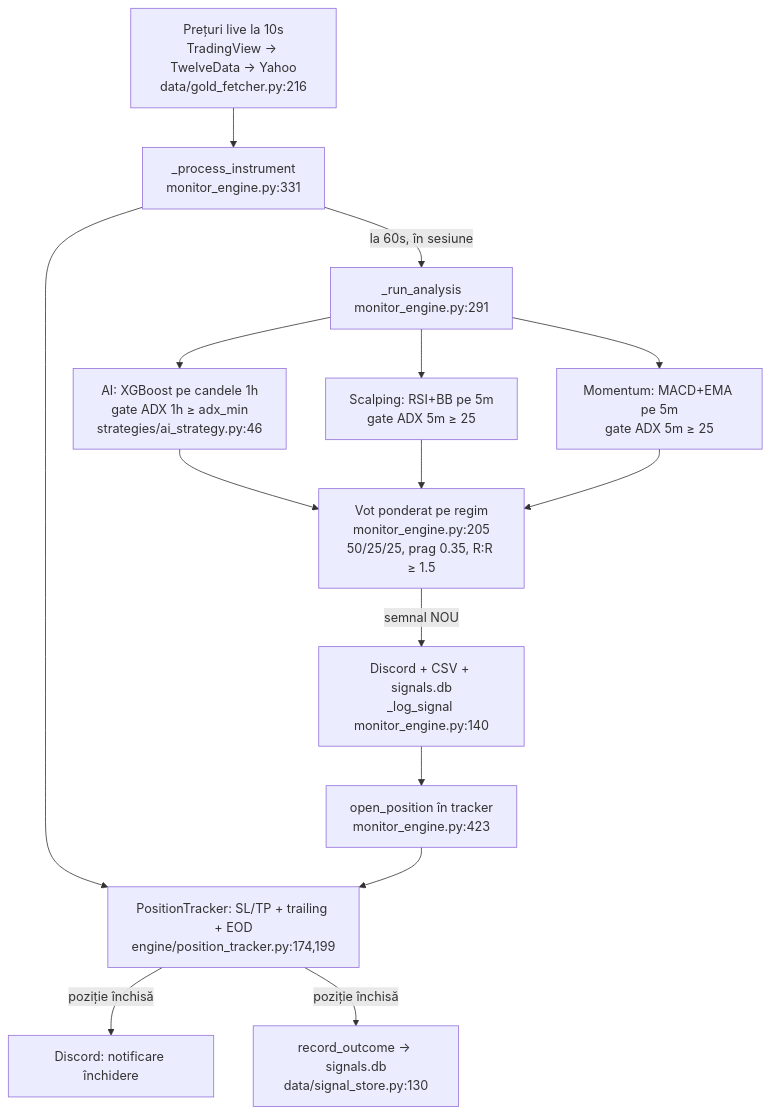
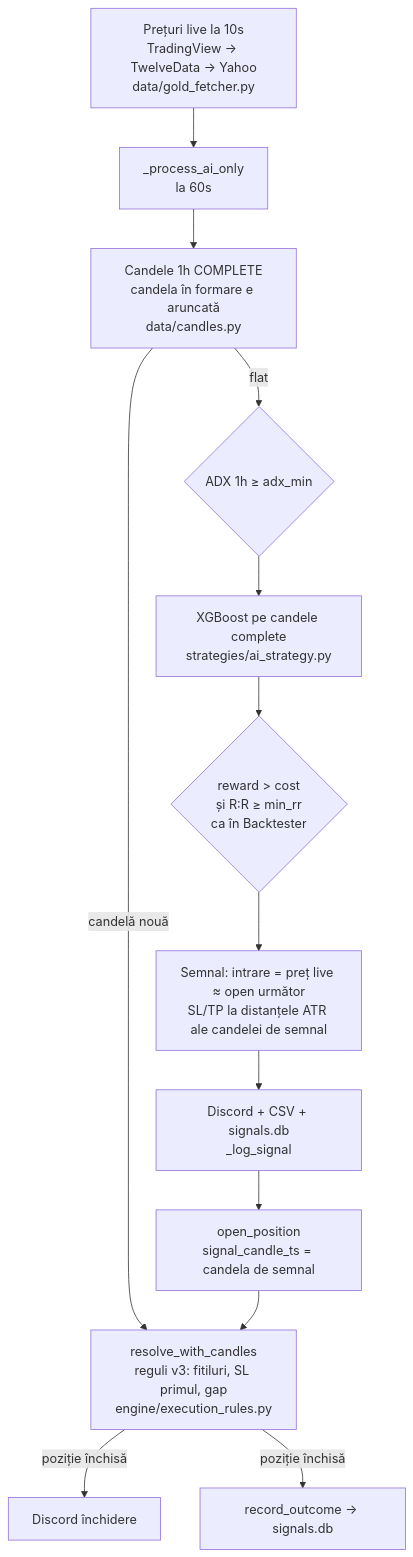
One commit to DeiuVRG/CFD_Game changed the second of 2 diagrams in docs/ARCHITECTURE.md. Above: the diagram before and after it, drawn with Mermaid. The commit also changed other lines of this file and 6 other files, not shown here.

First line of the commit message:
feat(monitor): ai_only signal mode - the live path mirrors the validated backtest

````diff
--- a/docs/ARCHITECTURE.md
+++ b/docs/ARCHITECTURE.md
@@ -49,14 +53,13 @@
 ```mermaid
 flowchart TD
-    P[Prețuri live la 10s<br/>TradingView → TwelveData → Yahoo<br/>data/gold_fetcher.py:216] --> PI[_process_instrument<br/>monitor_engine.py:331]
-    PI --> TR[PositionTracker: SL/TP + trailing + EOD<br/>engine/position_tracker.py:174,199]
-    TR -- poziție închisă --> DC[Discord: notificare închidere] & OUT[record_outcome → signals.db<br/>data/signal_store.py:130]
-    PI -- la 60s, în sesiune --> AN[_run_analysis<br/>monitor_engine.py:291]
-    AN --> AI[AI: XGBoost pe candele 1h<br/>gate ADX 1h ≥ adx_min<br/>strategies/ai_strategy.py:46]
-    AN --> SC[Scalping: RSI+BB pe 5m<br/>gate ADX 5m ≥ 25]
-    AN --> MO[Momentum: MACD+EMA pe 5m<br/>gate ADX 5m ≥ 25]
-    AI & SC & MO --> V[Vot ponderat pe regim<br/>monitor_engine.py:205<br/>50/25/25, prag 0.35, R:R ≥ 1.5]
-    V -- semnal NOU --> S[Discord + CSV + signals.db<br/>_log_signal monitor_engine.py:140]
-    S --> OP[open_position în tracker<br/>monitor_engine.py:423]
-    OP --> TR
+    P[Prețuri live la 10s<br/>TradingView → TwelveData → Yahoo<br/>data/gold_fetcher.py] --> PI[_process_ai_only<br/>la 60s]
+    PI --> C[Candele 1h COMPLETE<br/>candela în formare e aruncată<br/>data/candles.py]
+    C -- candelă nouă --> R[resolve_with_candles<br/>reguli v3: fitiluri, SL primul, gap<br/>engine/execution_rules.py]
+    R -- poziție închisă --> DC[Discord închidere] & OUT[record_outcome → signals.db]
+    C -- flat --> G{ADX 1h ≥ adx_min}
+    G --> AI[XGBoost pe candele complete<br/>strategies/ai_strategy.py]
+    AI --> F{reward > cost<br/>și R:R ≥ min_rr<br/>ca în Backtester}
+    F --> S[Semnal: intrare = preț live ≈ open următor<br/>SL/TP la distanțele ATR ale candelei de semnal]
+    S --> D[Discord + CSV + signals.db<br/>_log_signal] --> OP[open_position<br/>signal_candle_ts = candela de semnal]
+    OP --> R
 ```
````
